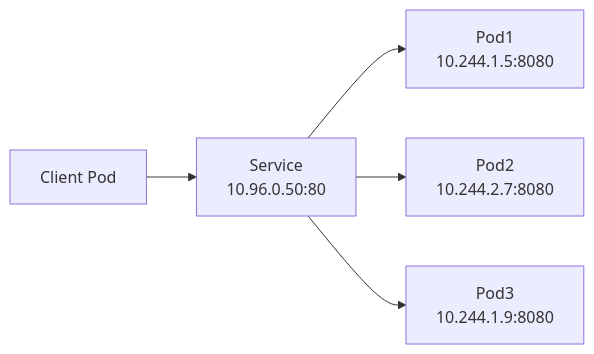
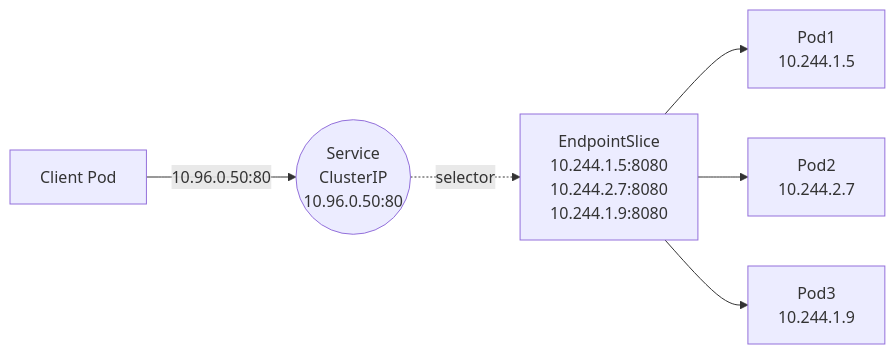
Before and after one commit to swallowsaba/introduction-k8s: the second of 11 diagrams in docs/04-networking/service.md, drawn with Mermaid. The commit also changed other lines of this file and 5 other files, not shown here.

````diff
--- a/docs/04-networking/service.md
+++ b/docs/04-networking/service.md
@@ -22,7 +88,8 @@
 ```mermaid
 flowchart LR
-    c[Client Pod] --> svc[Service<br>10.96.0.50:80]
-    svc --> p1[Pod1<br>10.244.1.5:8080]
-    svc --> p2[Pod2<br>10.244.2.7:8080]
-    svc --> p3[Pod3<br>10.244.1.9:8080]
+    c[Client Pod] -->|10.96.0.50:80| svc((Service<br>ClusterIP<br>10.96.0.50:80))
+    svc -.selector.-> ep[EndpointSlice<br>10.244.1.5:8080<br>10.244.2.7:8080<br>10.244.1.9:8080]
+    ep --> p1[Pod1<br>10.244.1.5]
+    ep --> p2[Pod2<br>10.244.2.7]
+    ep --> p3[Pod3<br>10.244.1.9]
 ```
````
